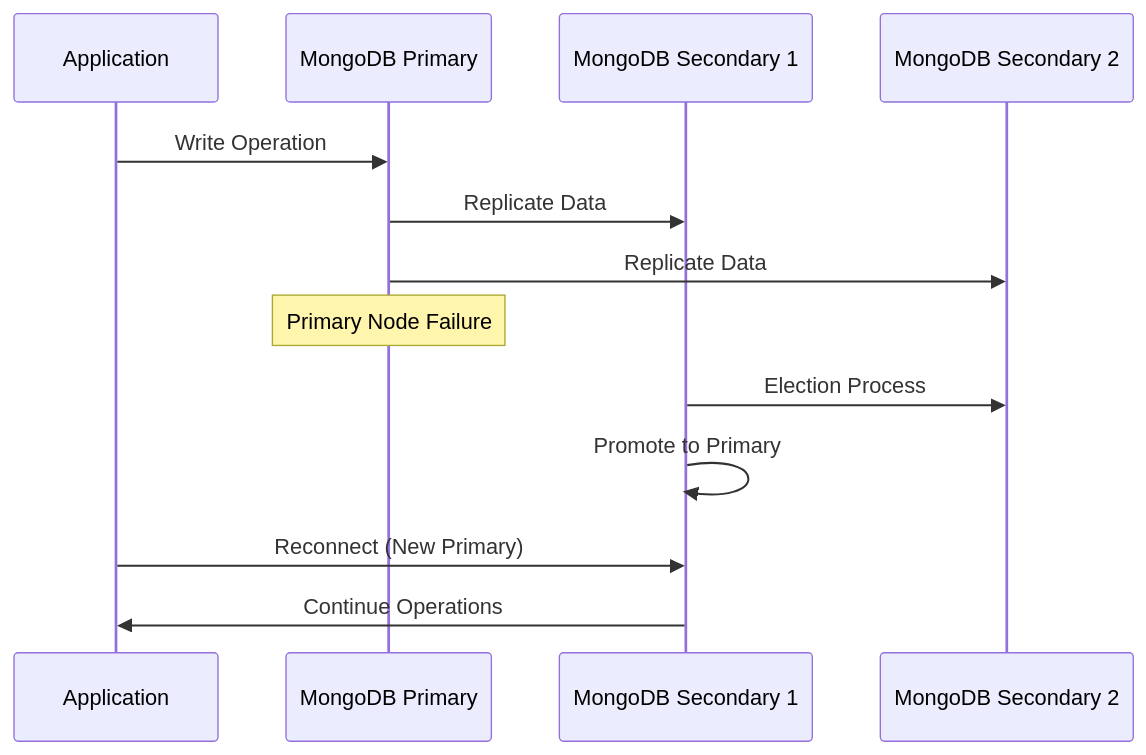
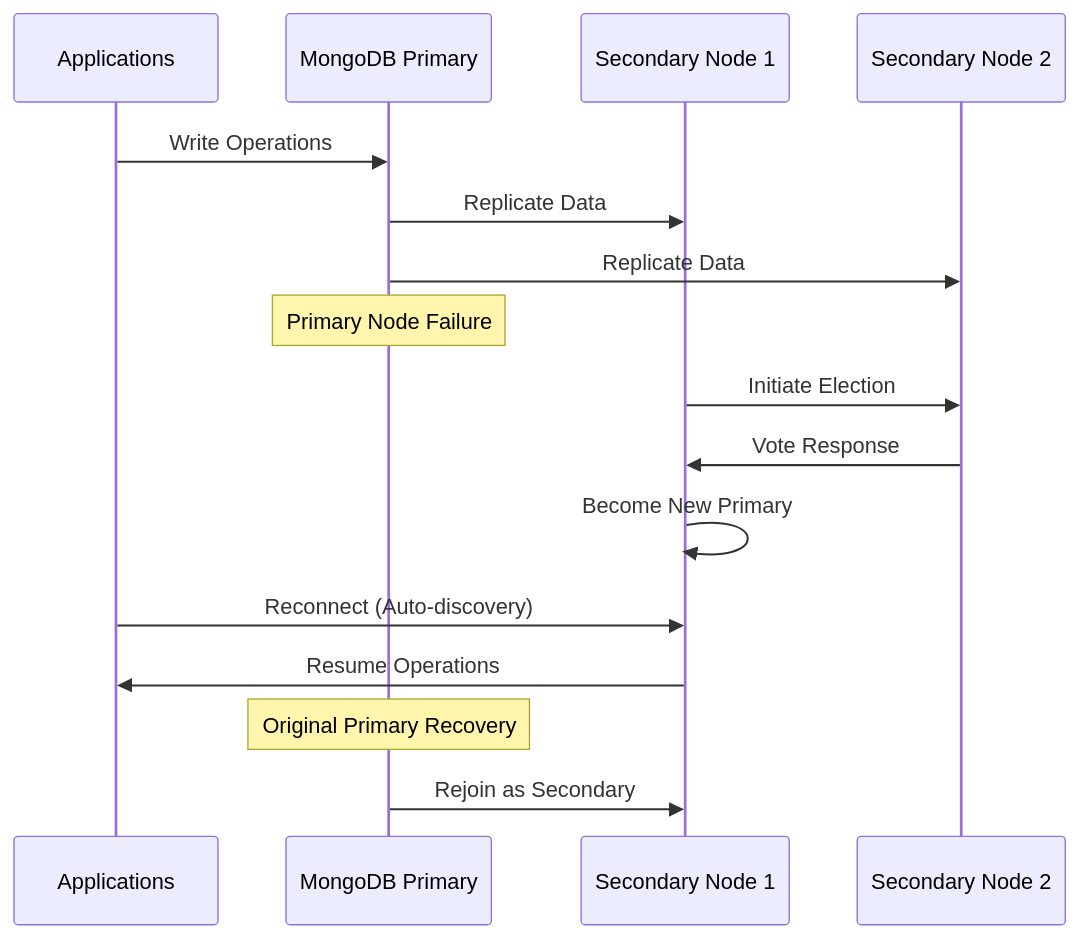
The sixth of 13 diagrams in HA_DR_Architecture_Documentation.md (Vishwa0220/customers-docs), drawn with Mermaid before and after one commit. The commit also changed other lines of this file, not shown here.

````diff
--- a/HA_DR_Architecture_Documentation.md
+++ b/HA_DR_Architecture_Documentation.md
@@ -300,19 +407,23 @@
 ```mermaid
 sequenceDiagram
-    participant Client as Application
+    participant App as Applications
     participant Primary as MongoDB Primary
-    participant Secondary1 as MongoDB Secondary 1
-    participant Secondary2 as MongoDB Secondary 2
+    participant Secondary1 as Secondary Node 1
+    participant Secondary2 as Secondary Node 2
     
-    Client->>Primary: Write Operation
+    App->>Primary: Write Operations
     Primary->>Secondary1: Replicate Data
     Primary->>Secondary2: Replicate Data
     
     Note over Primary: Primary Node Failure
     
-    Secondary1->>Secondary2: Election Process
-    Secondary1->>Secondary1: Promote to Primary
+    Secondary1->>Secondary2: Initiate Election
+    Secondary2->>Secondary1: Vote Response
+    Secondary1->>Secondary1: Become New Primary
     
-    Client->>Secondary1: Reconnect (New Primary)
-    Secondary1->>Client: Continue Operations
+    App->>Secondary1: Reconnect (Auto-discovery)
+    Secondary1->>App: Resume Operations
+    
+    Note over Primary: Original Primary Recovery
+    Primary->>Secondary1: Rejoin as Secondary
 ```
````
